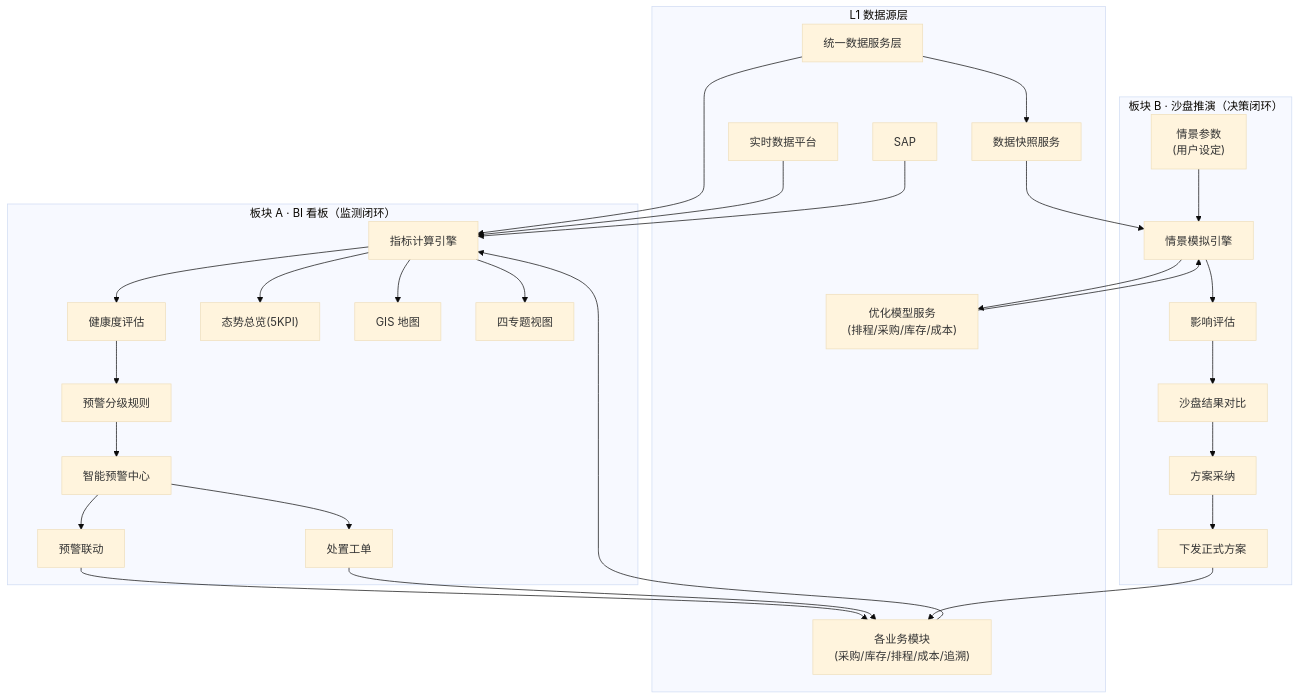
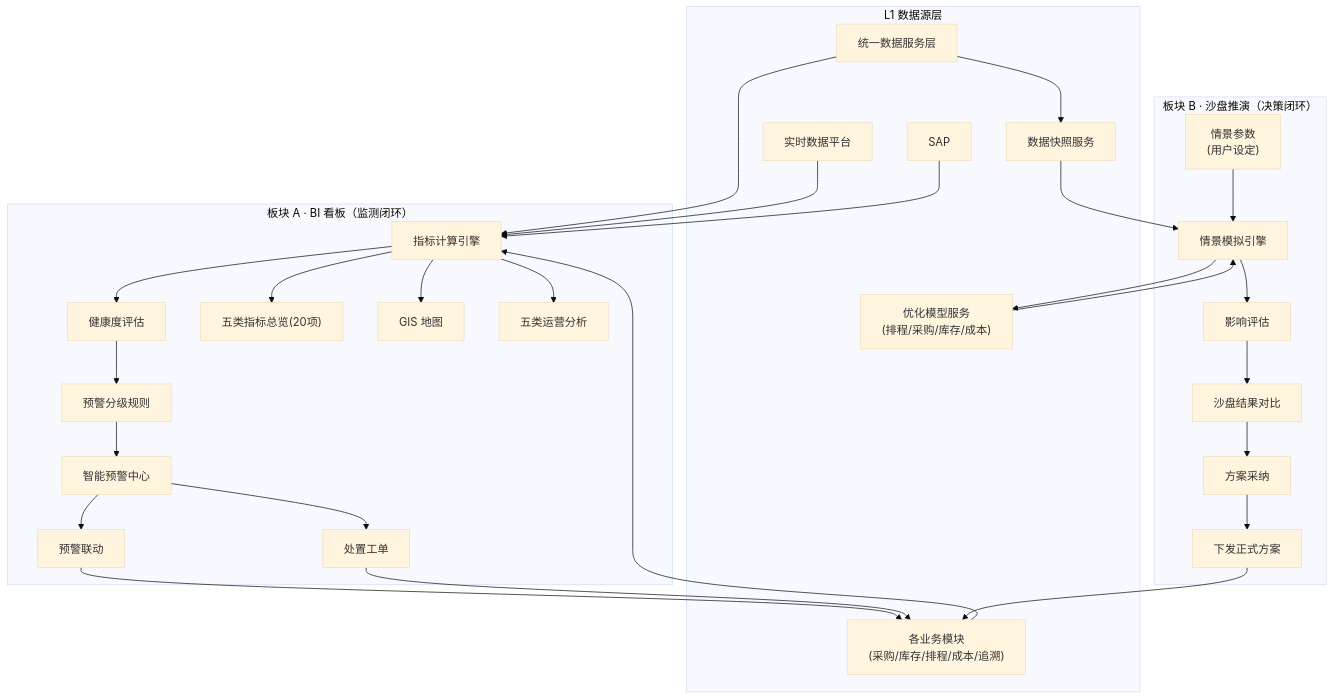
Before and after one commit to DDD71/scos_proj: the diagram in 4-业务蓝图-DEMO/供应链驾驶舱业务逻辑梳理.md, drawn with Mermaid (base theme). The commit also changed other lines of this file and 31 other files, not shown here.

````diff
--- a/4-业务蓝图-DEMO/供应链驾驶舱业务逻辑梳理.md
+++ b/4-业务蓝图-DEMO/供应链驾驶舱业务逻辑梳理.md
@@ -213,38 +217,38 @@
 ```mermaid
 flowchart TB
     subgraph SRV["L1 数据源层"]
         DS["统一数据服务层"]
         RT["实时数据平台"]
         SAP["SAP"]
         MOD["各业务模块<br/>(采购/库存/排程/成本/追溯)"]
         SNAP["数据快照服务"]
         MODEL["优化模型服务<br/>(排程/采购/库存/成本)"]
     end
 
     subgraph BI["板块 A · BI 看板（监测闭环）"]
         CALC["指标计算引擎"] --> HLTH["健康度评估"] --> ALERT["预警分级规则"]
-        CALC --> KPI["态势总览(5KPI)"]
+        CALC --> KPI["五类指标总览(20项)"]
         CALC --> MAP["GIS 地图"]
-        CALC --> VIEW["四专题视图"]
+        CALC --> VIEW["五类运营分析"]
         ALERT --> WARNC["智能预警中心"]
         WARNC --> LINK["预警联动"] --> MOD
         WARNC --> TASK["处置工单"] --> MOD
     end
 
     subgraph SANDBOX["板块 B · 沙盘推演（决策闭环）"]
         PARAM["情景参数<br/>(用户设定)"] --> SIM["情景模拟引擎"]
         SNAP --> SIM
         SIM --> MODEL
         MODEL --> SIM
         SIM --> EVAL["影响评估"] --> RESULT["沙盘结果对比"]
         RESULT --> ADOPT["方案采纳"] --> DEPLOY["下发正式方案"]
     end
 
     DS --> CALC
     RT --> CALC
     SAP --> CALC
     MOD --> CALC
     DS --> SNAP
 
     DEPLOY --> MOD
 ```
````
